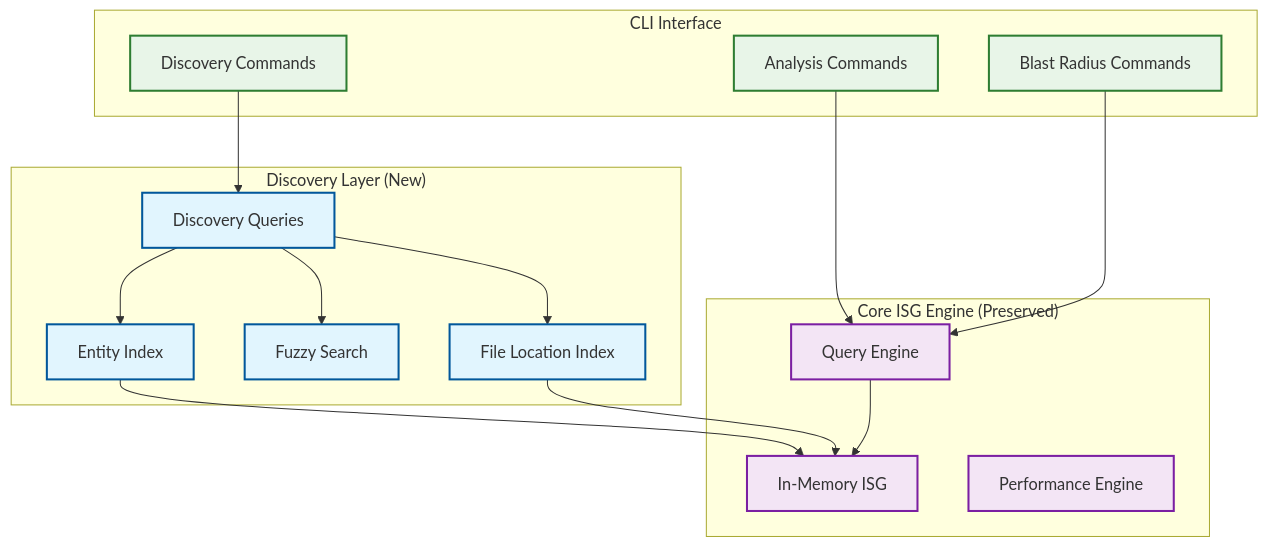
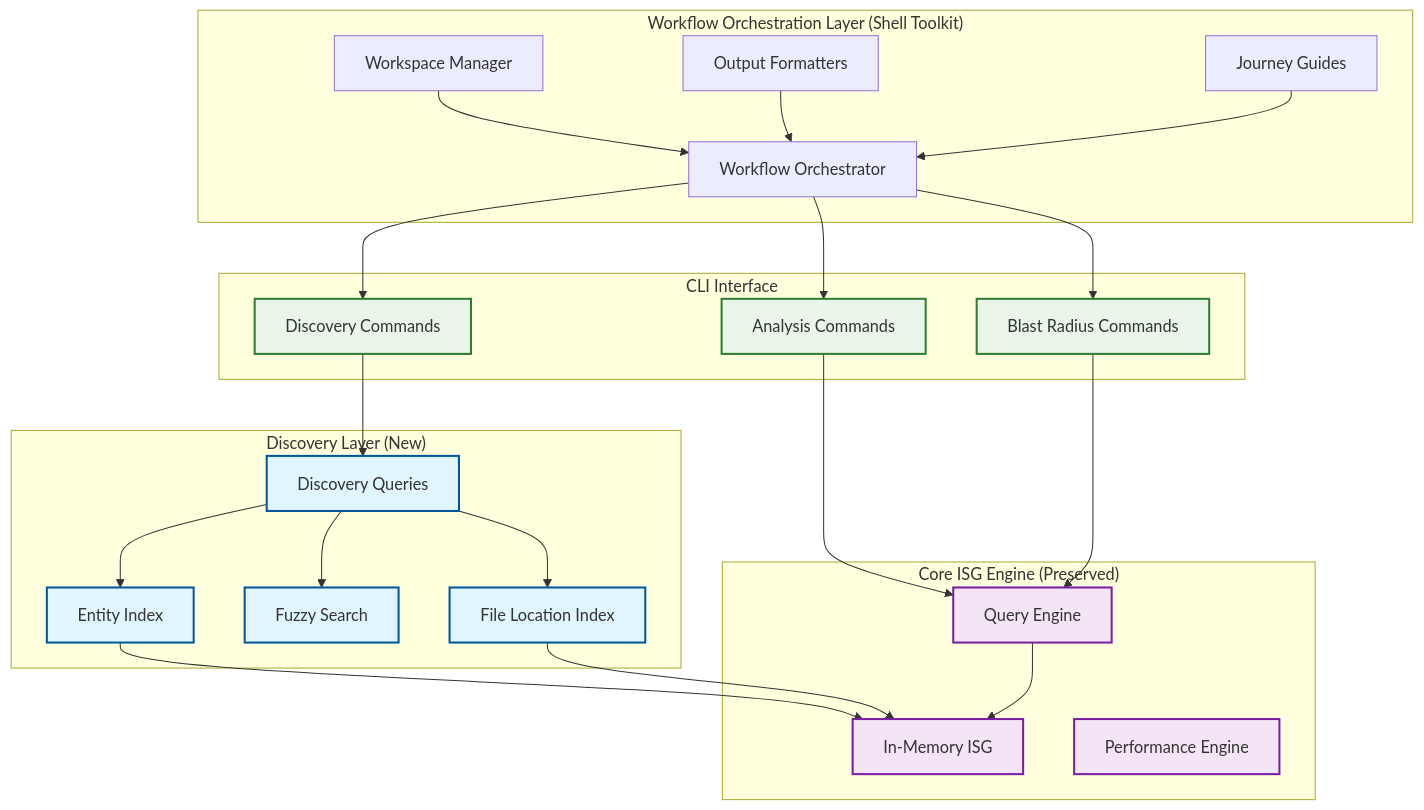
Before and after one commit to that-in-rust/parseltongue: the first of 2 diagrams in .kiro/specs/parseltongue-v2-discovery-first/design.md, drawn with Mermaid. The commit also changed other lines of this file and 2 other files, not shown here.

````diff
--- a/.kiro/specs/parseltongue-v2-discovery-first/design.md
+++ b/.kiro/specs/parseltongue-v2-discovery-first/design.md
@@ -20,41 +20,55 @@
 ```mermaid
 graph TD
     subgraph "Discovery Layer (New)"
         DQ[Discovery Queries]
         EI[Entity Index]
         FS[Fuzzy Search]
         FL[File Location Index]
     end
     
     subgraph "Core ISG Engine (Preserved)"
         ISG[In-Memory ISG]
         QE[Query Engine]
         PE[Performance Engine]
     end
     
     subgraph "CLI Interface"
         DC[Discovery Commands]
         AC[Analysis Commands]
         BC[Blast Radius Commands]
     end
     
+    subgraph "Workflow Orchestration Layer (Shell Toolkit)"
+        WO[Workflow Orchestrator]
+        WS[Workspace Manager]
+        OF[Output Formatters]
+        JG[Journey Guides]
+    end
+    
+    WO --> DC
+    WO --> AC
+    WO --> BC
+    WS --> WO
+    OF --> WO
+    JG --> WO
+    
     DC --> DQ
     DQ --> EI
     DQ --> FS
     DQ --> FL
     
     AC --> QE
     BC --> QE
     
     EI --> ISG
     FL --> ISG
     QE --> ISG
     
     classDef discovery fill:#e1f5fe,stroke:#01579b,stroke-width:2px
     classDef core fill:#f3e5f5,stroke:#7b1fa2,stroke-width:2px
     classDef interface fill:#e8f5e8,stroke:#2e7d32,stroke-width:2px
     
     class DQ,EI,FS,FL discovery
     class ISG,QE,PE core
     class DC,AC,BC interface
 ```
````
